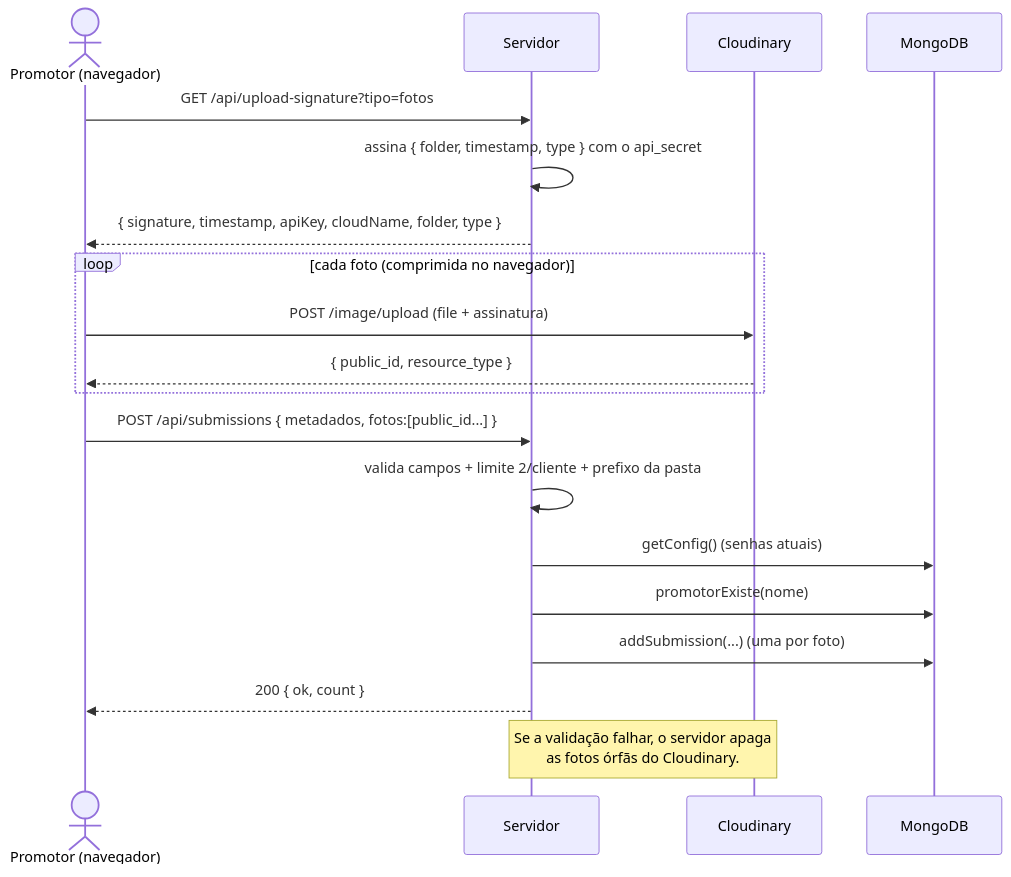
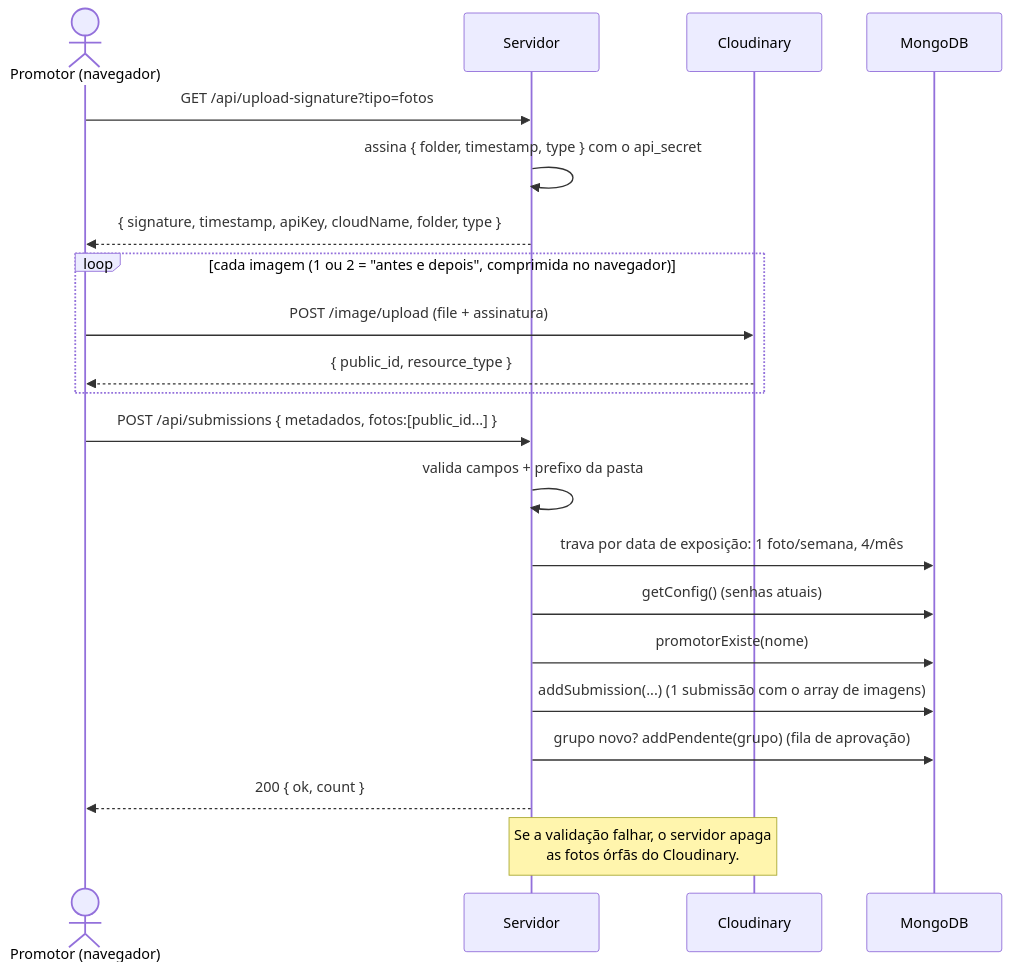
One commit to Vaniteux2006/pdv_memphis changed the second of 6 diagrams in docs/05-sequencia.md. Above: the diagram before and after it, drawn with Mermaid. The commit also changed other lines of this file and 10 other files, not shown here.

````diff
--- a/docs/05-sequencia.md
+++ b/docs/05-sequencia.md
@@ -24,24 +25,26 @@
 ```mermaid
 sequenceDiagram
   actor Pr as Promotor (navegador)
   participant S as Servidor
   participant Cl as Cloudinary
   participant DB as MongoDB
 
   Pr->>S: GET /api/upload-signature?tipo=fotos
   S->>S: assina { folder, timestamp, type } com o api_secret
   S-->>Pr: { signature, timestamp, apiKey, cloudName, folder, type }
 
-  loop cada foto (comprimida no navegador)
+  loop cada imagem (1 ou 2 = "antes e depois", comprimida no navegador)
     Pr->>Cl: POST /image/upload (file + assinatura)
     Cl-->>Pr: { public_id, resource_type }
   end
 
   Pr->>S: POST /api/submissions { metadados, fotos:[public_id...] }
-  S->>S: valida campos + limite 2/cliente + prefixo da pasta
+  S->>S: valida campos + prefixo da pasta
+  S->>DB: trava por data de exposição: 1 foto/semana, 4/mês
   S->>DB: getConfig() (senhas atuais)
   S->>DB: promotorExiste(nome)
-  S->>DB: addSubmission(...)  (uma por foto)
+  S->>DB: addSubmission(...)  (1 submissão com o array de imagens)
+  S->>DB: grupo novo? addPendente(grupo) (fila de aprovação)
   S-->>Pr: 200 { ok, count }
   Note over S,Cl: Se a validação falhar, o servidor apaga<br/>as fotos órfãs do Cloudinary.
 ```
````
